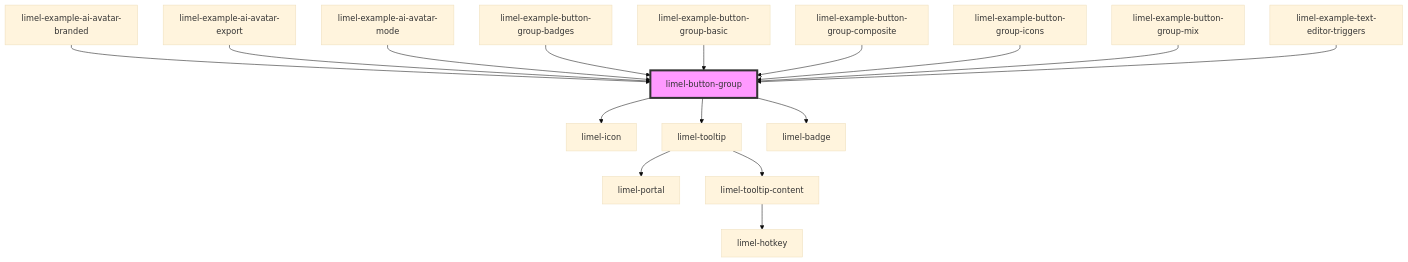
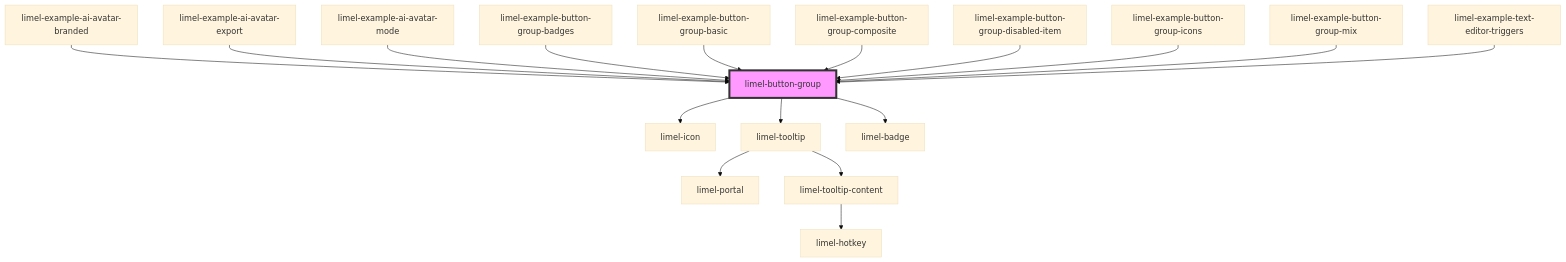
The diagram in versions/PR-4280/markdown-docs/components/button-group/readme.md (Lundalogik/lime-elements), drawn with Mermaid (base theme) before and after one commit. The commit also changed other lines of this file and 566 other files, not shown here.

````diff
--- a/versions/PR-4280/markdown-docs/components/button-group/readme.md
+++ b/versions/PR-4280/markdown-docs/components/button-group/readme.md
@@ -72,19 +73,20 @@
 ```mermaid
 graph TD;
   limel-button-group --> limel-icon
   limel-button-group --> limel-tooltip
   limel-button-group --> limel-badge
   limel-tooltip --> limel-portal
   limel-tooltip --> limel-tooltip-content
   limel-tooltip-content --> limel-hotkey
   limel-example-ai-avatar-branded --> limel-button-group
   limel-example-ai-avatar-export --> limel-button-group
   limel-example-ai-avatar-mode --> limel-button-group
   limel-example-button-group-badges --> limel-button-group
   limel-example-button-group-basic --> limel-button-group
   limel-example-button-group-composite --> limel-button-group
+  limel-example-button-group-disabled-item --> limel-button-group
   limel-example-button-group-icons --> limel-button-group
   limel-example-button-group-mix --> limel-button-group
   limel-example-text-editor-triggers --> limel-button-group
   style limel-button-group fill:#f9f,stroke:#333,stroke-width:4px
 ```
````
